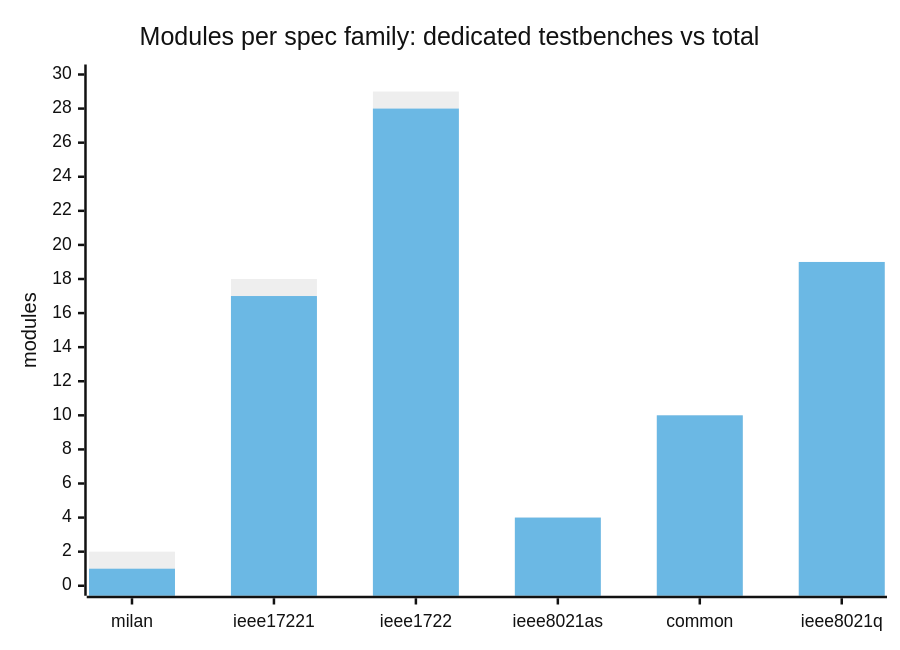
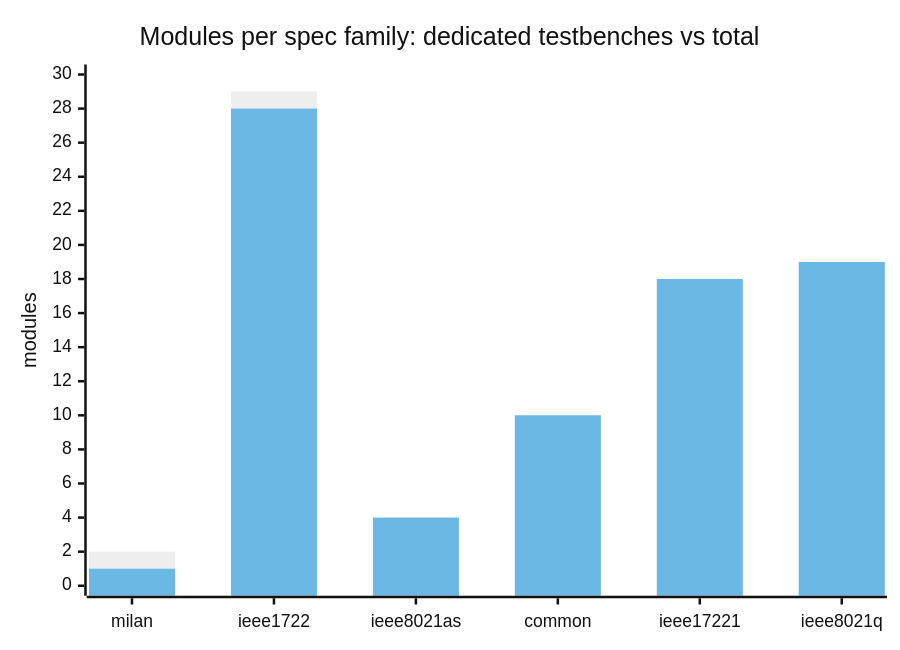
The diagram in docs/traceability/MODULE_MATRIX.md (kebag-logic/milan-fpga), drawn with Mermaid (neutral theme) before and after one commit. The commit also changed other lines of this file and 16 other files, not shown here.

````diff
--- a/docs/traceability/MODULE_MATRIX.md
+++ b/docs/traceability/MODULE_MATRIX.md
@@ -30,8 +30,8 @@
 ```mermaid
 xychart-beta
     title "Modules per spec family: dedicated testbenches vs total"
-    x-axis ["milan", "ieee17221", "ieee1722", "ieee8021as", "common", "ieee8021q"]
+    x-axis ["milan", "ieee1722", "ieee8021as", "common", "ieee17221", "ieee8021q"]
     y-axis "modules" 0 --> 30
-    bar [2, 18, 29, 4, 10, 19]
-    bar [1, 17, 28, 4, 10, 19]
+    bar [2, 29, 4, 10, 18, 19]
+    bar [1, 28, 4, 10, 18, 19]
 ```
````
